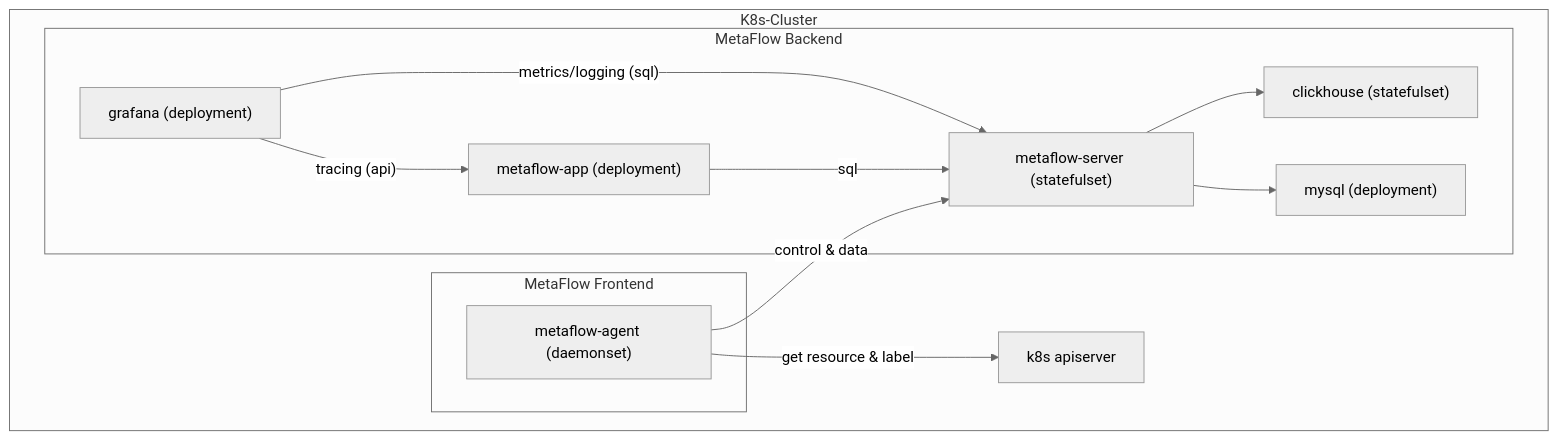
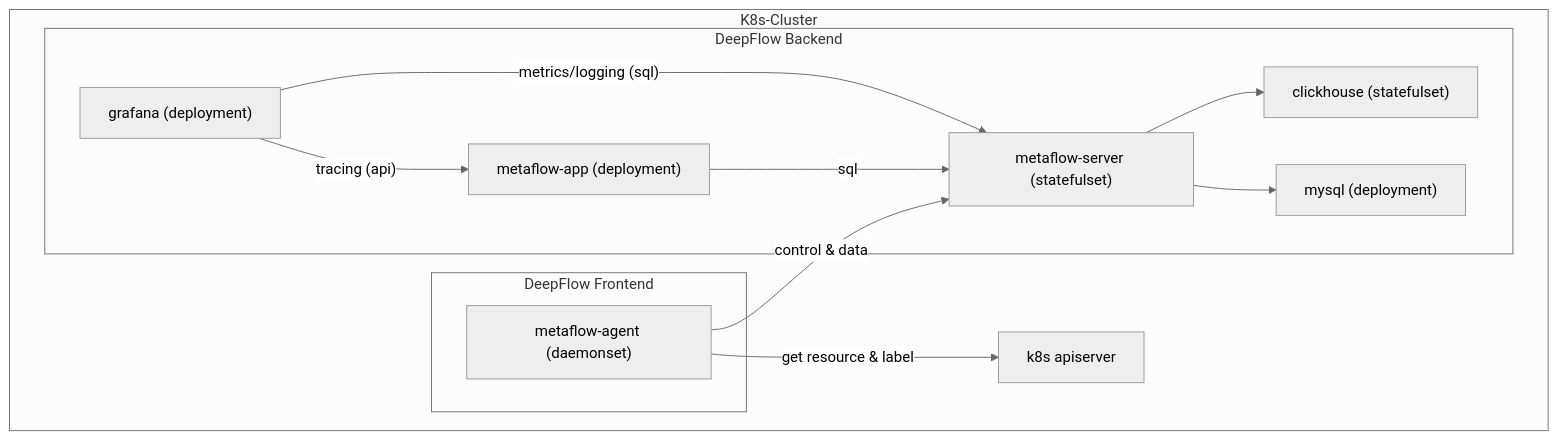
Before and after one commit to deepflowio/docs: the diagram in zh/02-install/03-single-k8s.md, drawn with Mermaid (neutral theme). The commit also changed other lines of this file and 49 other files, not shown here.

Commit message:
rename MetaFlow to DeepFlow

````diff
--- a/zh/02-install/03-single-k8s.md
+++ b/zh/02-install/03-single-k8s.md
@@ -15,28 +15,28 @@
 ```mermaid
 flowchart TD
 
 subgraph K8s-Cluster
   APIServer["k8s apiserver"]
 
-  subgraph MetaFlow Backend
-    MetaFlowServer["metaflow-server (statefulset)"]
+  subgraph DeepFlow Backend
+    DeepFlowServer["metaflow-server (statefulset)"]
     ClickHouse["clickhouse (statefulset)"]
     MySQL["mysql (deployment)"]
-    MetaFlowApp["metaflow-app (deployment)"]
+    DeepFlowApp["metaflow-app (deployment)"]
     Grafana["grafana (deployment)"]
   end
 
-  subgraph MetaFlow Frontend
-    MetaFlowAgent["metaflow-agent (daemonset)"]
+  subgraph DeepFlow Frontend
+    DeepFlowAgent["metaflow-agent (daemonset)"]
   end
 
-  MetaFlowAgent -->|"control & data"| MetaFlowServer
-  MetaFlowAgent -->|"get resource & label"| APIServer
+  DeepFlowAgent -->|"control & data"| DeepFlowServer
+  DeepFlowAgent -->|"get resource & label"| APIServer
 
-  MetaFlowServer --> ClickHouse
-  MetaFlowServer --> MySQL
-  MetaFlowApp -->|sql| MetaFlowServer
-  Grafana -->|"metrics/logging (sql)"| MetaFlowServer
-  Grafana -->|"tracing (api)"| MetaFlowApp
+  DeepFlowServer --> ClickHouse
+  DeepFlowServer --> MySQL
+  DeepFlowApp -->|sql| DeepFlowServer
+  Grafana -->|"metrics/logging (sql)"| DeepFlowServer
+  Grafana -->|"tracing (api)"| DeepFlowApp
 end
 ```
````
